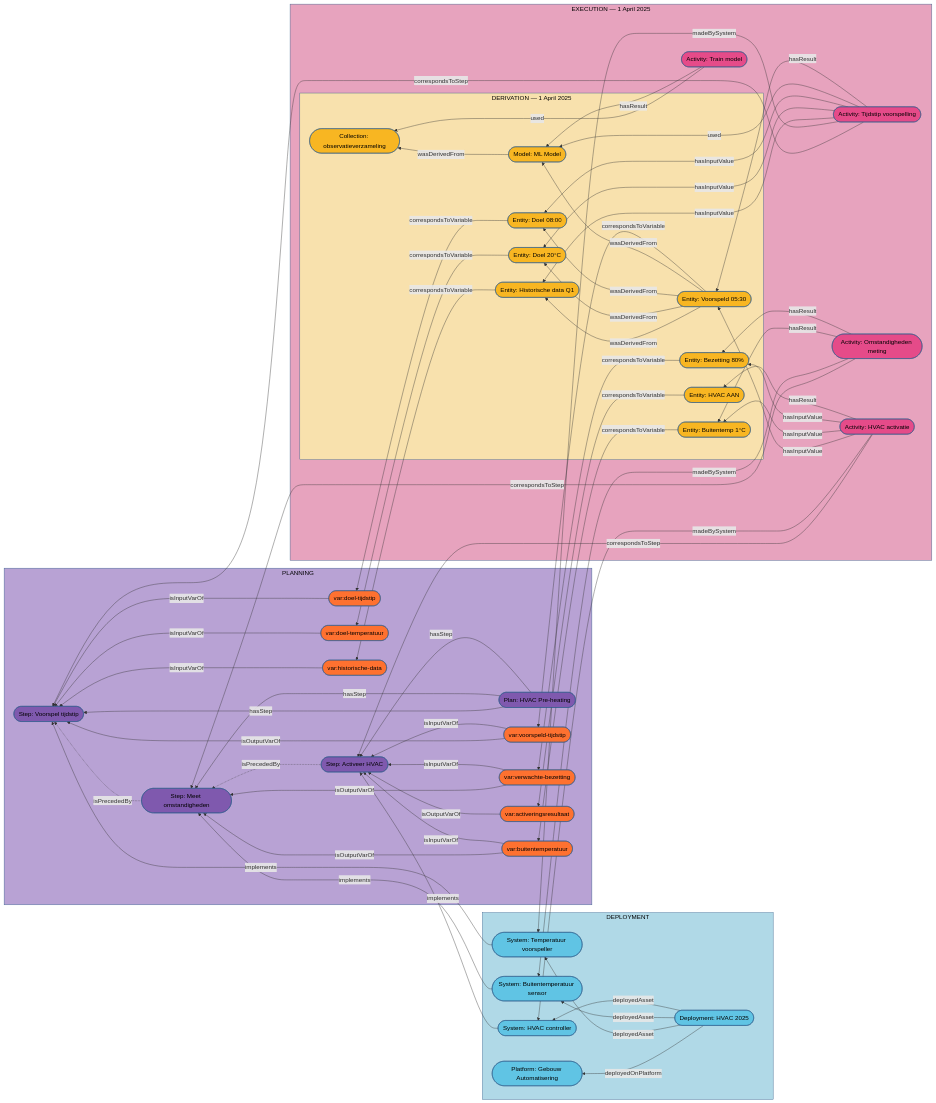
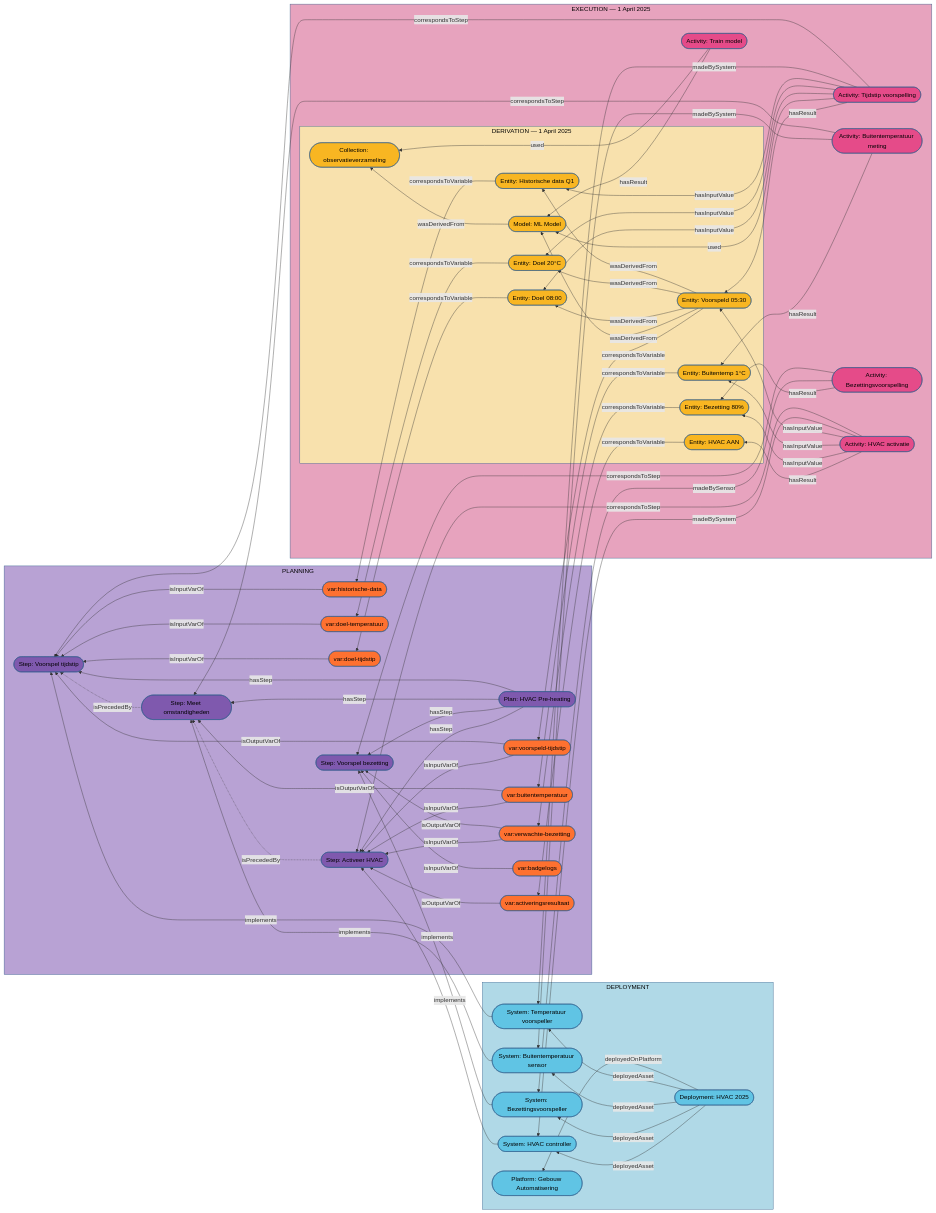
One commit to Informatievlaanderen/OSLOthema-SSNSOSA-VL changed the diagram in src/main/input/EnergieManagementSystem/DatavoorbeeldPreHeatingHvac/DatavoorbeeldPreHeatingHvac_herzien.mmd. Above: the diagram before and after it, drawn with Mermaid. The commit also changed 8 other files, not shown here.

```diff
--- a/src/main/input/EnergieManagementSystem/DatavoorbeeldPreHeatingHvac/DatavoorbeeldPreHeatingHvac_herzien.mmd
+++ b/src/main/input/EnergieManagementSystem/DatavoorbeeldPreHeatingHvac/DatavoorbeeldPreHeatingHvac_herzien.mmd
@@ -1,164 +1,178 @@
 flowchart RL
 
 %% =====================================================
 %% PLANNING
 %% =====================================================
     subgraph PLANNING["PLANNING"]
         PLAN0([Plan: HVAC Pre-heating])
 
         STEP_voorspel([Step: Voorspel tijdstip])
         STEP_meet([Step: Meet omstandigheden])
+        STEP_bezetting([Step: Voorspel bezetting])
         STEP_activeer([Step: Activeer HVAC])
 
         V_historisch([var:historische-data])
         V_doeltemp([var:doel-temperatuur])
         V_doeltijd([var:doel-tijdstip])
         V_voorspeld([var:voorspeld-tijdstip])
         V_buitentemp([var:buitentemperatuur])
         V_bezetting([var:verwachte-bezetting])
+        V_badgelogs([var:badgelogs])
         V_resultaat([var:activeringsresultaat])
     end
 
     style PLANNING fill:#b8a2d4,stroke:#2E5C8A,color:#000
     style PLAN0 fill:#7f59ae,stroke:#2E5C8A,color:#000
     style STEP_voorspel fill:#7f59ae,stroke:#2E5C8A,color:#000
     style STEP_meet fill:#7f59ae,stroke:#2E5C8A,color:#000
+    style STEP_bezetting fill:#7f59ae,stroke:#2E5C8A,color:#000
     style STEP_activeer fill:#7f59ae,stroke:#2E5C8A,color:#000
 
     style V_historisch fill:#fe7130,stroke:#2E5C8A,color:#000
     style V_doeltemp fill:#fe7130,stroke:#2E5C8A,color:#000
     style V_doeltijd fill:#fe7130,stroke:#2E5C8A,color:#000
     style V_voorspeld fill:#fe7130,stroke:#2E5C8A,color:#000
     style V_buitentemp fill:#fe7130,stroke:#2E5C8A,color:#000
     style V_bezetting fill:#fe7130,stroke:#2E5C8A,color:#000
+    style V_badgelogs fill:#fe7130,stroke:#2E5C8A,color:#000
     style V_resultaat fill:#fe7130,stroke:#2E5C8A,color:#000
 
 %% Plan structuur
     PLAN0 -->|hasStep| STEP_voorspel
     PLAN0 -->|hasStep| STEP_meet
+    PLAN0 -->|hasStep| STEP_bezetting
     PLAN0 -->|hasStep| STEP_activeer
 
     V_historisch -->|isInputVarOf| STEP_voorspel
     V_doeltemp -->|isInputVarOf| STEP_voorspel
     V_doeltijd -->|isInputVarOf| STEP_voorspel
     V_voorspeld -->|isOutputVarOf| STEP_voorspel
 
     V_buitentemp -->|isOutputVarOf| STEP_meet
-    V_bezetting -->|isOutputVarOf| STEP_meet
+    V_badgelogs -->|isInputVarOf| STEP_bezetting
+    V_bezetting -->|isOutputVarOf| STEP_bezetting
 
     V_voorspeld -->|isInputVarOf| STEP_activeer
     V_buitentemp -->|isInputVarOf| STEP_activeer
     V_bezetting -->|isInputVarOf| STEP_activeer
     V_resultaat -->|isOutputVarOf| STEP_activeer
 
     STEP_activeer -.->|isPrecededBy| STEP_meet -.->|isPrecededBy| STEP_voorspel
 
 %% =====================================================
 %% DEPLOYMENT
 %% =====================================================
     subgraph DEPLOYMENT["DEPLOYMENT"]
         Platform([Platform: Gebouw Automatisering])
         Deployment([Deployment: HVAC 2025])
 
         SYS_voorspeller([System: Temperatuur voorspeller])
         SYS_temp_sensor([System: Buitentemperatuur sensor])
+        SYS_bezetting([System: Bezettingsvoorspeller])
         SYS_hvac([System: HVAC controller])
 
     end
 
     style DEPLOYMENT fill:#b0d9e7,stroke:#2E5C8A,color:#000
     style Platform fill:#60c4e4,stroke:#2E5C8A,color:#000
     style Deployment fill:#60c4e4,stroke:#2E5C8A,color:#000
     style SYS_voorspeller fill:#60c4e4,stroke:#2E5C8A,color:#000
     style SYS_temp_sensor fill:#60c4e4,stroke:#2E5C8A,color:#000
+    style SYS_bezetting fill:#60c4e4,stroke:#2E5C8A,color:#000
     style SYS_hvac fill:#60c4e4,stroke:#2E5C8A,color:#000
     style MODEL_ml fill:#f8b622,stroke:#2E5C8A,color:#000
 
     Deployment -->|deployedOnPlatform| Platform
     Deployment -->|deployedAsset| SYS_voorspeller
     Deployment -->|deployedAsset| SYS_temp_sensor
+    Deployment -->|deployedAsset| SYS_bezetting
     Deployment -->|deployedAsset| SYS_hvac
 
     SYS_voorspeller -->|implements| STEP_voorspel
     SYS_temp_sensor -->|implements| STEP_meet
+    SYS_bezetting -->|implements| STEP_bezetting
     SYS_hvac -->|implements| STEP_activeer
 
 
 %% =====================================================
 %% EXECUTION
 %% =====================================================
 subgraph EXECUTION["EXECUTION — 1 April 2025"]
 Activity_voorspel([Activity: Tijdstip voorspelling])
-Activity_meet([Activity: Omstandigheden meting])
+Activity_meet([Activity: Buitentemperatuur meting])
+Activity_bezetting([Activity: Bezettingsvoorspelling])
 Activity_activeer([Activity: HVAC activatie])
 Activity_train_model([Activity: Train model])
 
 subgraph DERIVATION["DERIVATION — 1 April 2025"]
 I_historisch([Entity: Historische data Q1])
 I_doeltemp([Entity: Doel 20°C])
 I_doeltijd([Entity: Doel 08:00])
 T_voorspeld([Entity: Voorspeld 05:30])
 T_buitentemp([Entity: Buitentemp 1°C])
 T_bezetting([Entity: Bezetting 80%])
 R_status([Entity: HVAC AAN])
 MODEL_ml([Model: ML Model])
 Collection_observatieverzameling([Collection: observatieverzameling])
 end
 end
 
 style DERIVATION fill:#f8e1ad,stroke:#2E5C8A,color:#000
 style EXECUTION fill:#e7a3be,stroke:#2E5C8A,color:#000
 style Activity_voorspel fill:#e54b89,stroke:#2E5C8A,color:#000
 style Activity_train_model fill:#e54b89,stroke:#2E5C8A,color:#000
 style Activity_meet fill:#e54b89,stroke:#2E5C8A,color:#000
+style Activity_bezetting fill:#e54b89,stroke:#2E5C8A,color:#000
 style Activity_activeer fill:#e54b89,stroke:#2E5C8A,color:#000
 
 style I_historisch fill:#f8b622,stroke:#2E5C8A,color:#000
 style I_doeltemp fill:#f8b622,stroke:#2E5C8A,color:#000
 style I_doeltijd fill:#f8b622,stroke:#2E5C8A,color:#000
 style T_voorspeld fill:#f8b622,stroke:#2E5C8A,color:#000
 style T_buitentemp fill:#f8b622,stroke:#2E5C8A,color:#000
 style T_bezetting fill:#f8b622,stroke:#2E5C8A,color:#000
 style R_status fill:#f8b622,stroke:#2E5C8A,color:#000
 style Collection_observatieverzameling fill:#f8b622,stroke:#2E5C8A,color:#000
 
 %% Activity relaties
 Activity_voorspel -->|correspondsToStep| STEP_voorspel
 Activity_meet -->|correspondsToStep| STEP_meet
+Activity_bezetting -->|correspondsToStep| STEP_bezetting
 Activity_activeer -->|correspondsToStep| STEP_activeer
 
 Activity_voorspel -->|madeBySystem| SYS_voorspeller
 Activity_meet -->|madeBySystem| SYS_temp_sensor
+Activity_bezetting -->|madeBySensor| SYS_bezetting
 Activity_activeer -->|madeBySystem| SYS_hvac
 
 Activity_voorspel -->|hasInputValue| I_historisch
 Activity_voorspel -->|hasInputValue| I_doeltemp
 Activity_voorspel -->|hasInputValue| I_doeltijd
 Activity_voorspel -->|used| MODEL_ml
 Activity_train_model -->|used| Collection_observatieverzameling
 Activity_voorspel -->|hasResult| T_voorspeld
 Activity_train_model -->|hasResult| MODEL_ml
 
 Activity_meet -->|hasResult| T_buitentemp
-Activity_meet -->|hasResult| T_bezetting
+Activity_bezetting -->|hasResult| T_bezetting
 
 Activity_activeer -->|hasInputValue| T_voorspeld
 Activity_activeer -->|hasInputValue| T_buitentemp
 Activity_activeer -->|hasInputValue| T_bezetting
 Activity_activeer -->|hasResult| R_status
 
 %% Derivatie
 T_voorspeld -->|wasDerivedFrom| I_historisch
 T_voorspeld -->|wasDerivedFrom| I_doeltemp
 T_voorspeld -->|wasDerivedFrom| I_doeltijd
 T_voorspeld -->|wasDerivedFrom| MODEL_ml
 MODEL_ml -->|wasDerivedFrom| Collection_observatieverzameling
 
 %% Entity ↔ Variable
 I_historisch -->|correspondsToVariable| V_historisch
 I_doeltemp -->|correspondsToVariable| V_doeltemp
 I_doeltijd -->|correspondsToVariable| V_doeltijd
 T_voorspeld -->|correspondsToVariable| V_voorspeld
 T_buitentemp -->|correspondsToVariable| V_buitentemp
 T_bezetting -->|correspondsToVariable| V_bezetting
 R_status -->|correspondsToVariable| V_resultaat
```
